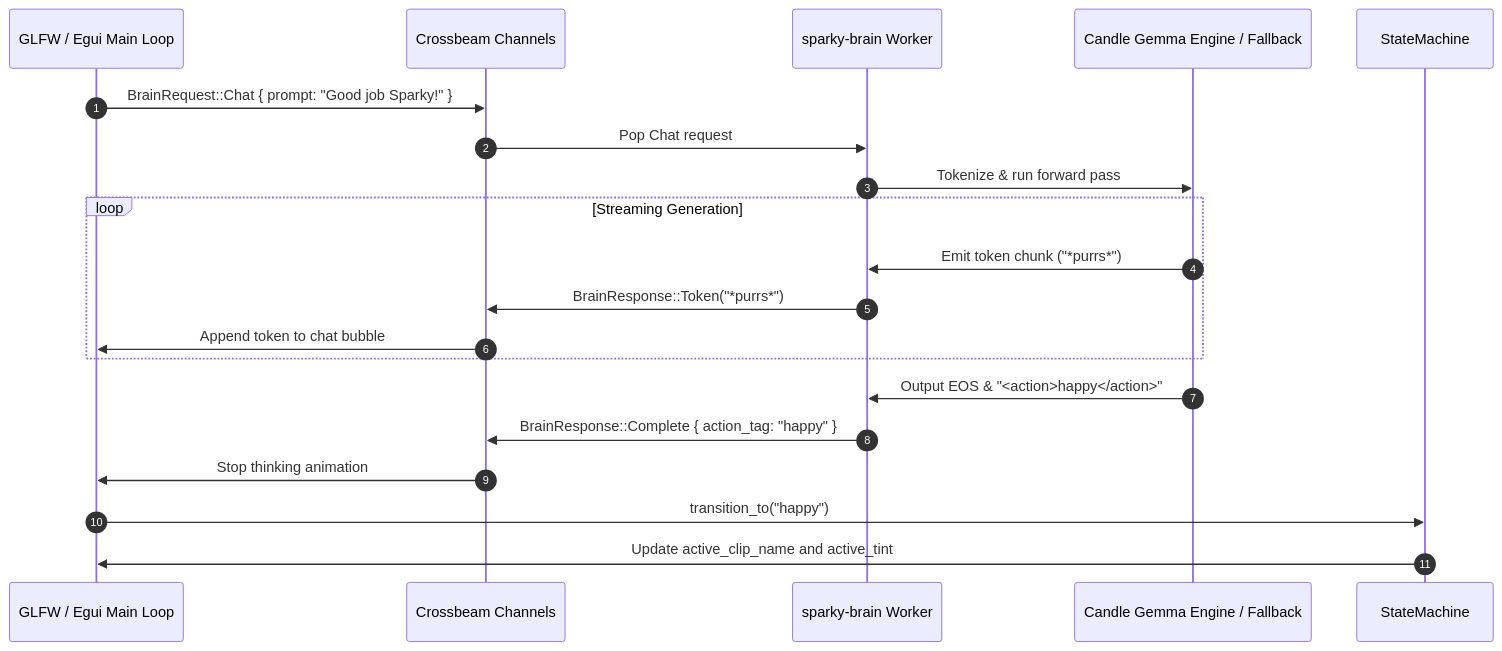
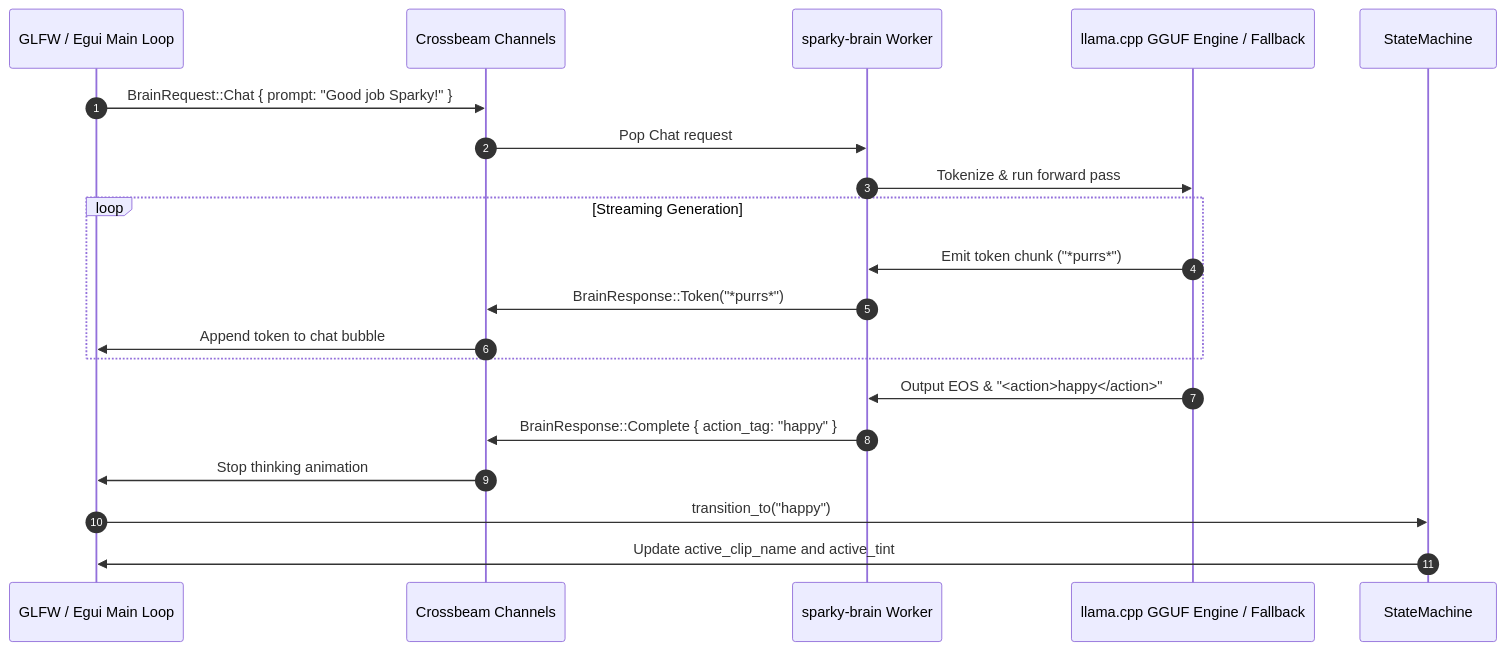
One commit to kiddos/sparky changed the third of 3 diagrams in AGENTS.md. Above: the diagram before and after it, drawn with Mermaid. The commit also changed other lines of this file and 8 other files, not shown here.

````diff
--- a/AGENTS.md
+++ b/AGENTS.md
@@ -262,23 +260,23 @@
 ```mermaid
 sequenceDiagram
     autonumber
     participant UI as GLFW / Egui Main Loop
     participant Channel as Crossbeam Channels
     participant Brain as sparky-brain Worker
-    participant Candle as Candle Gemma Engine / Fallback
+    participant GGUF as llama.cpp GGUF Engine / Fallback
     participant SM as StateMachine
 
     UI->>Channel: BrainRequest::Chat { prompt: "Good job Sparky!" }
     Channel->>Brain: Pop Chat request
-    Brain->>Candle: Tokenize & run forward pass
+    Brain->>GGUF: Tokenize & run forward pass
     loop Streaming Generation
-        Candle->>Brain: Emit token chunk ("*purrs*")
+        GGUF->>Brain: Emit token chunk ("*purrs*")
         Brain->>Channel: BrainResponse::Token("*purrs*")
         Channel->>UI: Append token to chat bubble
     end
-    Candle->>Brain: Output EOS & "<action>happy</action>"
+    GGUF->>Brain: Output EOS & "<action>happy</action>"
     Brain->>Channel: BrainResponse::Complete { action_tag: "happy" }
     Channel->>UI: Stop thinking animation
     UI->>SM: transition_to("happy")
     SM->>UI: Update active_clip_name and active_tint
 ```
````
